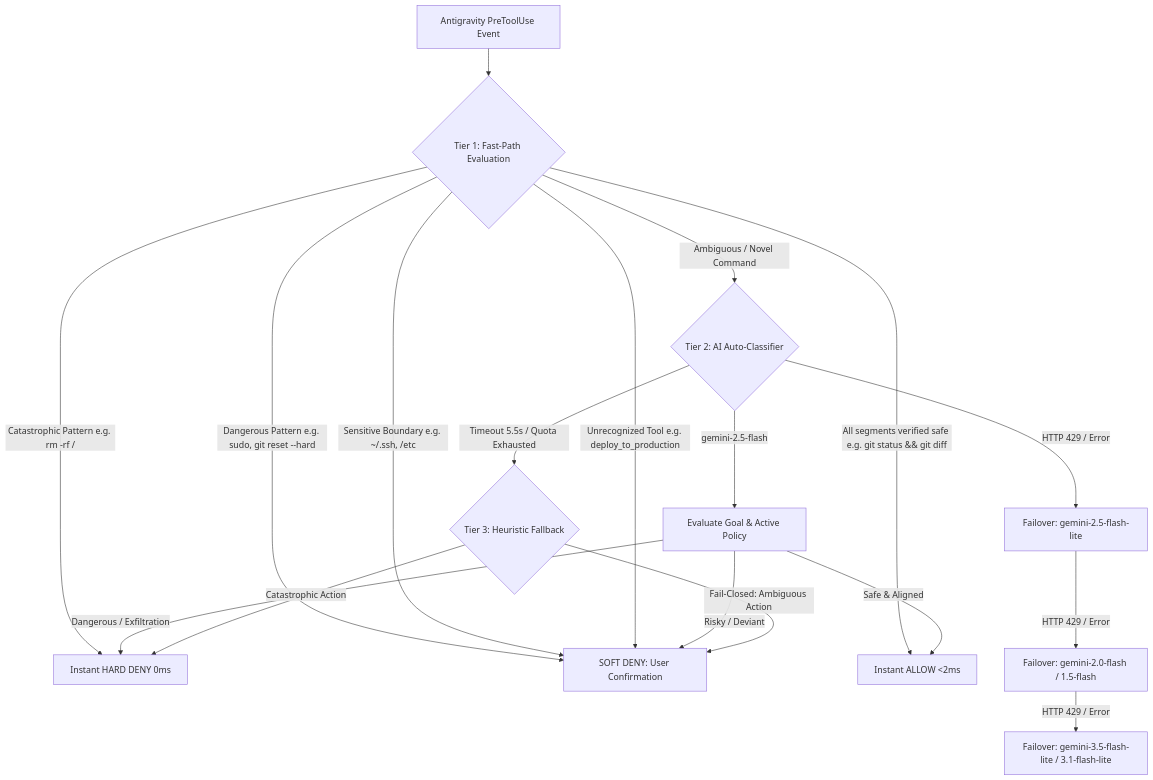
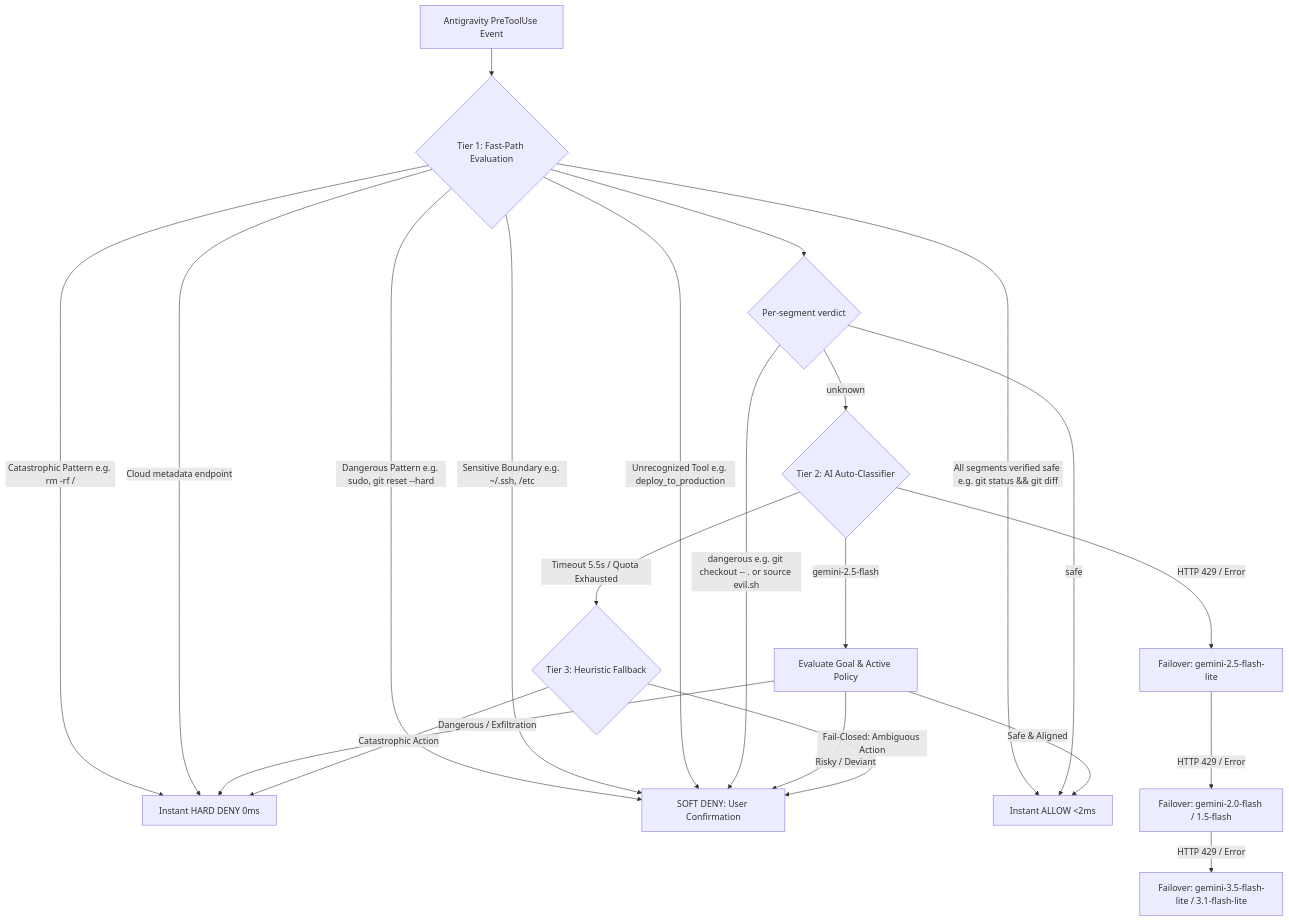
The diagram in README.md (marmarmamark/agy-auto-mode), drawn with Mermaid before and after one commit. The commit also changed other lines of this file and 6 other files, not shown here.

````diff
--- a/README.md
+++ b/README.md
@@ -36,25 +38,29 @@
 ```mermaid
 flowchart TD
     ToolCall[Antigravity PreToolUse Event] --> FastPath{Tier 1: Fast-Path Evaluation}
     
     FastPath -->|Catastrophic Pattern e.g. rm -rf /| Deny[Instant HARD DENY 0ms]
+    FastPath -->|Cloud metadata endpoint| Deny
     FastPath -->|Dangerous Pattern e.g. sudo, git reset --hard| Ask[SOFT DENY: User Confirmation]
     FastPath -->|Sensitive Boundary e.g. ~/.ssh, /etc| Ask
     FastPath -->|Unrecognized Tool e.g. deploy_to_production| Ask
     FastPath -->|All segments verified safe e.g. git status && git diff| Allow[Instant ALLOW <2ms]
     
-    FastPath -->|Ambiguous / Novel Command| AI{Tier 2: AI Auto-Classifier}
+    FastPath --> Segments{Per-segment verdict}
+    Segments -->|dangerous e.g. git checkout -- . or source evil.sh| Ask
+    Segments -->|safe| Allow
+    Segments -->|unknown| AI{Tier 2: AI Auto-Classifier}
     
     AI -->|gemini-2.5-flash| Eval[Evaluate Goal & Active Policy]
     AI -->|HTTP 429 / Error| Failover1[Failover: gemini-2.5-flash-lite]
     Failover1 -->|HTTP 429 / Error| Failover2[Failover: gemini-2.0-flash / 1.5-flash]
     Failover2 -->|HTTP 429 / Error| Failover3[Failover: gemini-3.5-flash-lite / 3.1-flash-lite]
     
     Eval -->|Safe & Aligned| Allow
     Eval -->|Risky / Deviant| Ask
     Eval -->|Dangerous / Exfiltration| Deny
     
     AI -->|Timeout 5.5s / Quota Exhausted| Heuristic{Tier 3: Heuristic Fallback}
     Heuristic -->|Fail-Closed: Ambiguous Action| Ask
     Heuristic -->|Catastrophic Action| Deny
 ```
````
